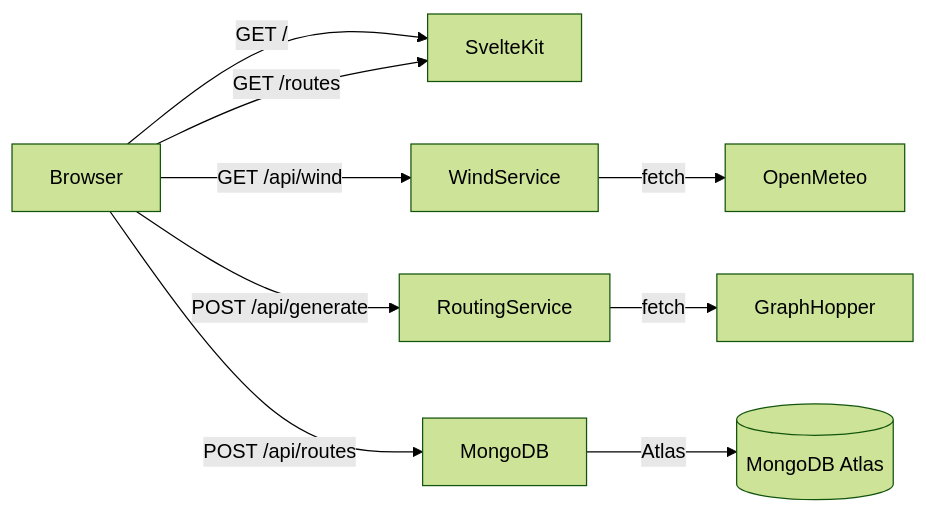
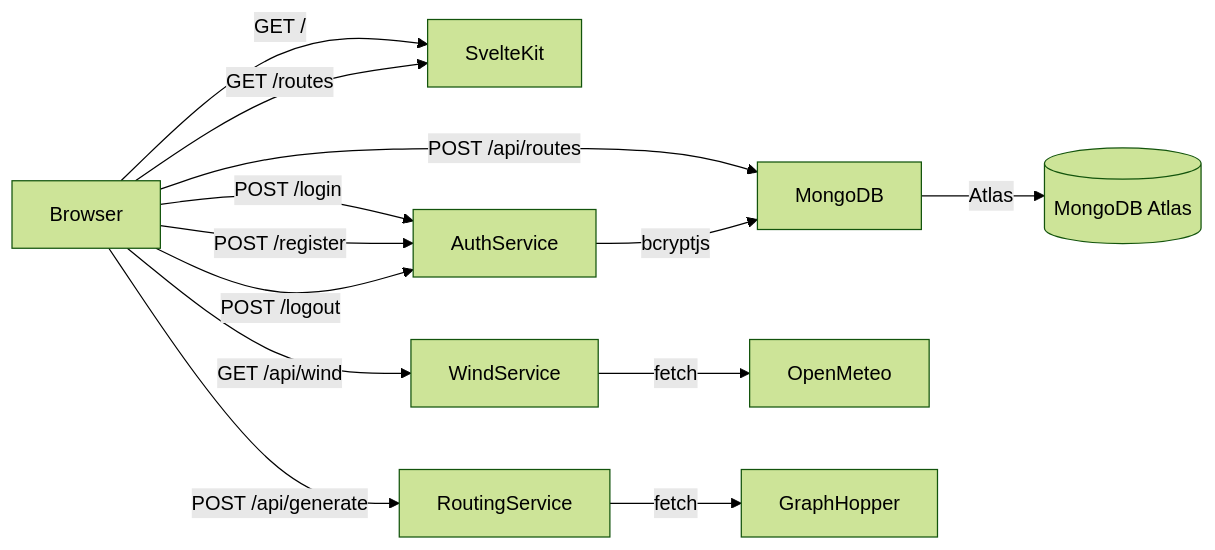
The diagram in README.md (desalce/WindRoute), drawn with Mermaid (forest theme) before and after one commit. The commit also changed other lines of this file, not shown here.

Commit message:
docs: update README with auth, distance correction and mobile layout

````diff
--- a/README.md
+++ b/README.md
@@ -142,11 +143,15 @@
 ```mermaid
 graph LR
     Browser -->|GET /| SvelteKit
     Browser -->|GET /routes| SvelteKit
+    Browser -->|POST /login| AuthService
+    Browser -->|POST /register| AuthService
+    Browser -->|POST /logout| AuthService
     Browser -->|GET /api/wind| WindService
     Browser -->|POST /api/generate| RoutingService
     Browser -->|POST /api/routes| MongoDB
+    AuthService -->|bcryptjs| MongoDB
     WindService -->|fetch| OpenMeteo
     RoutingService -->|fetch| GraphHopper
     MongoDB -->|Atlas| Cloud[(MongoDB Atlas)]
 ```
````
